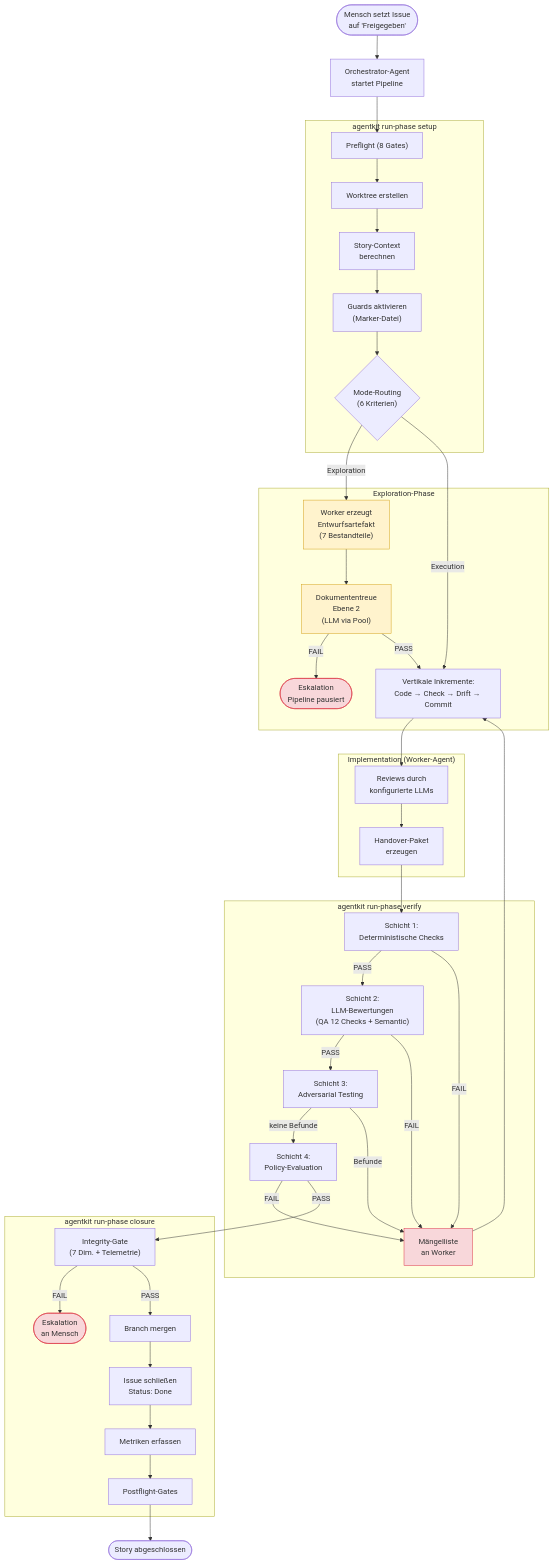
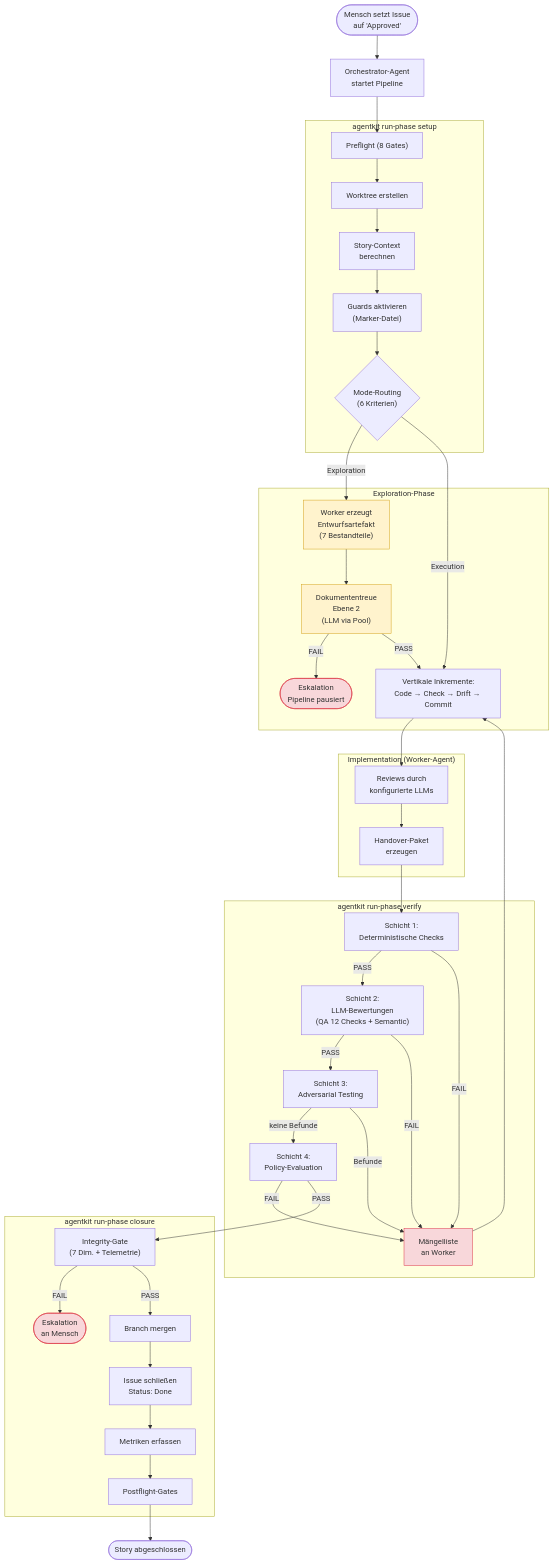
One commit to saltenhof/claude-agentkit3 changed the third of 4 diagrams in concept/technical-design/01_systemkontext_und_architekturprinzipien.md. Above: the diagram before and after it, drawn with Mermaid. The commit also changed other lines of this file and 202 other files, not shown here.

First line of the commit message:
Complete BC architecture cut + boundary_modules + Phase D/E migration

````diff
--- a/concept/technical-design/01_systemkontext_und_architekturprinzipien.md
+++ b/concept/technical-design/01_systemkontext_und_architekturprinzipien.md
@@ -434,59 +434,59 @@
 ```mermaid
 flowchart TD
     classDef exploration fill:#fff3cd,stroke:#d4a017,color:#333
     classDef lightweight fill:#d4edda,stroke:#28a745,color:#333
     classDef fail fill:#f8d7da,stroke:#dc3545,color:#333
 
-    START(["Mensch setzt Issue<br/>auf 'Freigegeben'"]) --> ORCH
+    START(["Mensch setzt Issue<br/>auf 'Approved'"]) --> ORCH
     ORCH["Orchestrator-Agent<br/>startet Pipeline"] --> SETUP
 
     subgraph SETUP_PHASE ["agentkit run-phase setup"]
         SETUP["Preflight (8 Gates)"] --> WT["Worktree erstellen"]
         WT --> CTX["Story-Context<br/>berechnen"]
         CTX --> GUARDS["Guards aktivieren<br/>(Marker-Datei)"]
         GUARDS --> MODE{"Mode-Routing<br/>(6 Kriterien)"}
     end
 
     MODE -->|Exploration| EXPLORE
     MODE -->|Execution| IMPL
 
     subgraph EXPLORE_PHASE ["Exploration-Phase"]
         EXPLORE["Worker erzeugt<br/>Entwurfsartefakt<br/>(7 Bestandteile)"]:::exploration
         EXPLORE --> DOCTREUE["Dokumententreue<br/>Ebene 2<br/>(LLM via Pool)"]:::exploration
         DOCTREUE -->|FAIL| ESC_E(["Eskalation<br/>Pipeline pausiert"]):::fail
         DOCTREUE -->|PASS| IMPL
     end
 
     subgraph IMPL_PHASE ["Implementation (Worker-Agent)"]
         IMPL["Vertikale Inkremente:<br/>Code → Check → Drift → Commit"]
         IMPL --> REVIEW["Reviews durch<br/>konfigurierte LLMs"]
         REVIEW --> HANDOVER["Handover-Paket<br/>erzeugen"]
     end
 
     HANDOVER --> VERIFY
 
     subgraph VERIFY_PHASE ["agentkit run-phase verify"]
         VERIFY["Schicht 1:<br/>Deterministische Checks"]
         VERIFY -->|PASS| LLM_EVAL["Schicht 2:<br/>LLM-Bewertungen<br/>(QA 12 Checks + Semantic)"]
         LLM_EVAL -->|PASS| ADV["Schicht 3:<br/>Adversarial Testing"]
         ADV -->|keine Befunde| POLICY["Schicht 4:<br/>Policy-Evaluation"]
         VERIFY -->|FAIL| FEEDBACK
         LLM_EVAL -->|FAIL| FEEDBACK
         ADV -->|Befunde| FEEDBACK
         POLICY -->|FAIL| FEEDBACK
         FEEDBACK["Mängelliste<br/>an Worker"]:::fail --> IMPL
     end
 
     POLICY -->|PASS| CLOSURE
 
     subgraph CLOSURE_PHASE ["agentkit run-phase closure"]
         CLOSURE["Integrity-Gate<br/>(7 Dim. + Telemetrie)"]
         CLOSURE -->|FAIL| ESC_C(["Eskalation<br/>an Mensch"]):::fail
         CLOSURE -->|PASS| MERGE["Branch mergen"]
         MERGE --> CLOSE["Issue schließen<br/>Status: Done"]
         CLOSE --> METRICS["Metriken erfassen"]
         METRICS --> POSTFLIGHT["Postflight-Gates"]
     end
 
     POSTFLIGHT --> DONE(["Story abgeschlossen"])
 ```
````
